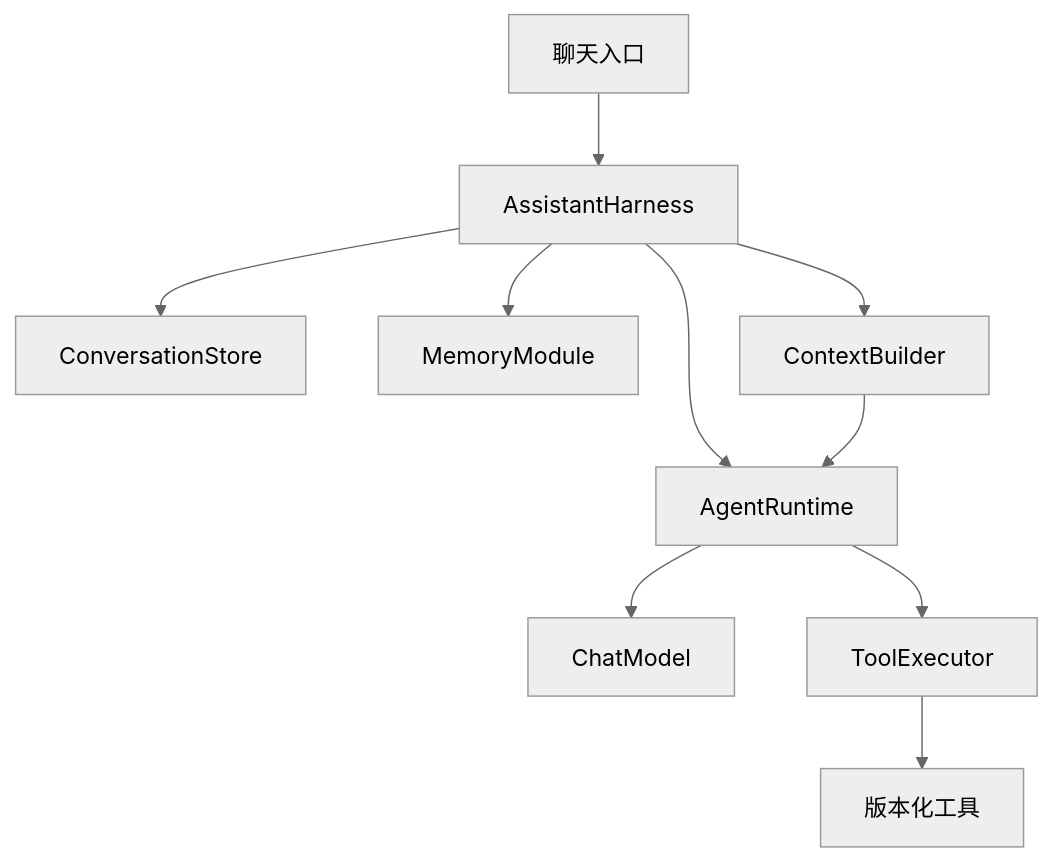
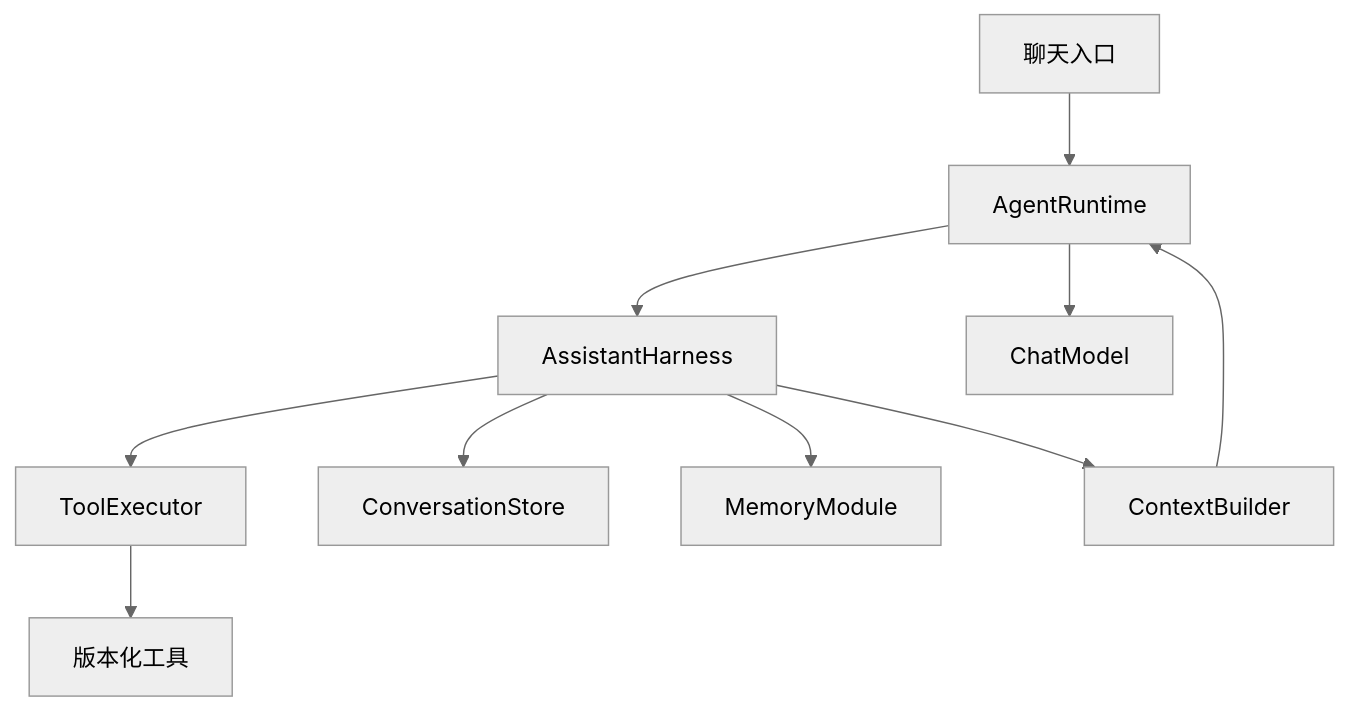
One commit to DiG-sudo/personal-assistant changed the diagram in README.md. Above: the diagram before and after it, drawn with Mermaid (neutral theme). The commit also changed other lines of this file and 16 other files, not shown here.

Commit message:
Simplify assistant flow with direct runtime and harness calls

````diff
--- a/README.md
+++ b/README.md
@@ -46,12 +46,12 @@
 ```mermaid
 flowchart TD
-    A[聊天入口] --> B[AssistantHarness]
-    B --> C[AgentRuntime]
+    A[聊天入口] --> C[AgentRuntime]
+    C --> B[AssistantHarness]
     C --> D[ChatModel]
-    C --> E[ToolExecutor]
+    B --> E[ToolExecutor]
     E --> F[版本化工具]
     B --> G[ConversationStore]
     B --> H[MemoryModule]
     B --> I[ContextBuilder]
     I --> C
 ```
````
